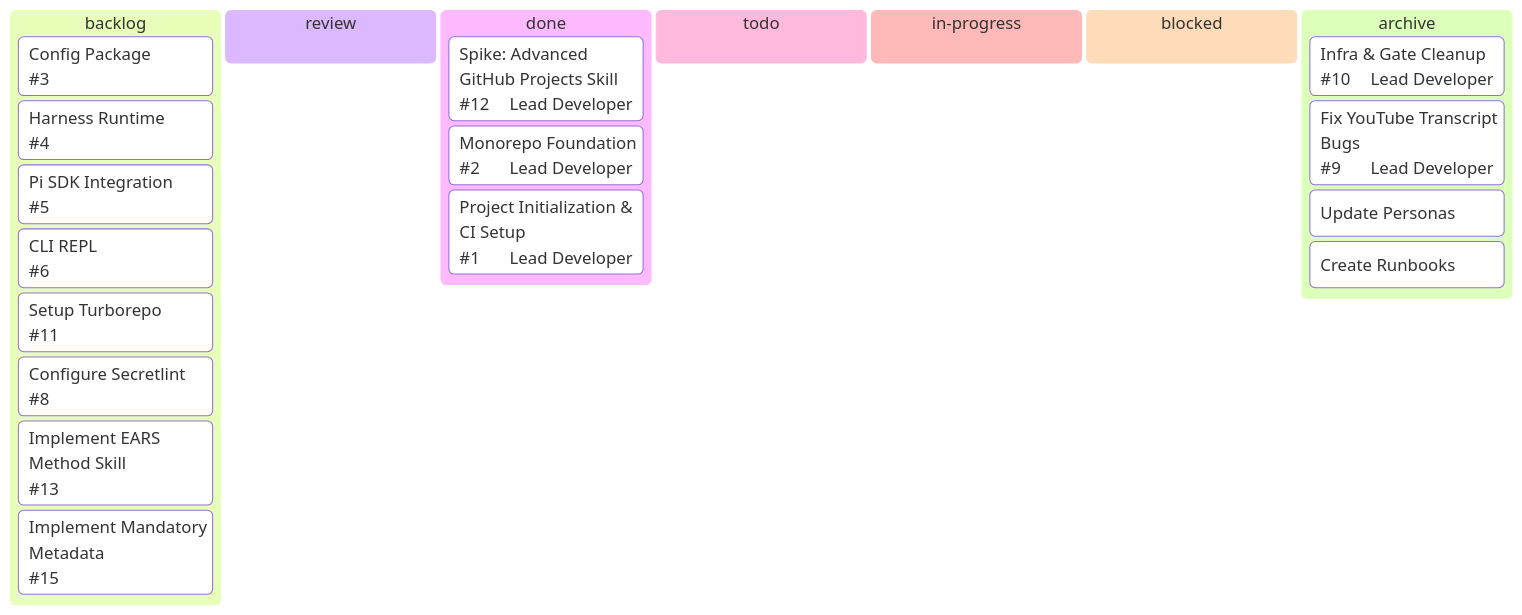
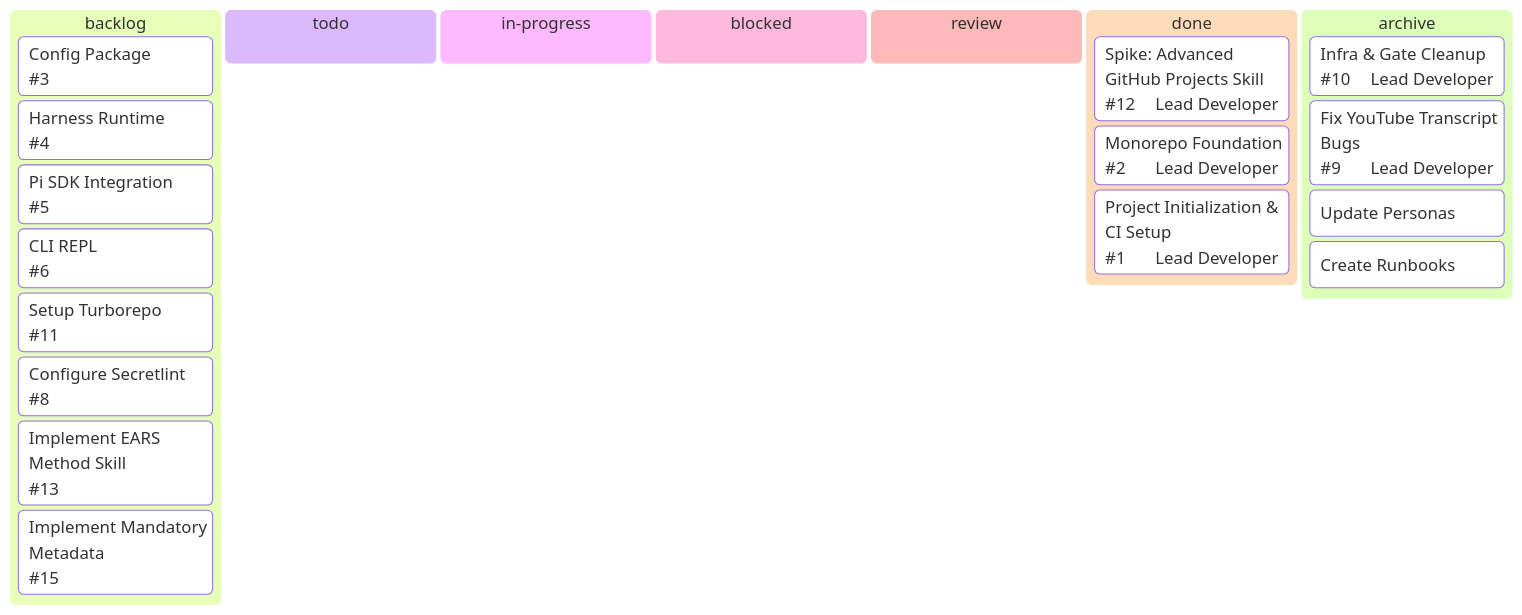
The diagram in .agent/kanban-lofipulse.md (LoFi-Monk/lofipulse), drawn with Mermaid before and after one commit. The commit also changed other lines of this file, not shown here.

````diff
--- a/.agent/kanban-lofipulse.md
+++ b/.agent/kanban-lofipulse.md
@@ -9,25 +9,25 @@
 ```mermaid
 kanban
   backlog
     [Config Package]@{ ticket: '#3', priority: 'P1' }
     [Harness Runtime]@{ ticket: '#4', priority: 'P2' }
     [Pi SDK Integration]@{ ticket: '#5', priority: 'P2' }
     [CLI REPL]@{ ticket: '#6', priority: 'P2' }
     [Setup Turborepo]@{ ticket: '#11', priority: 'P1' }
     [Configure Secretlint]@{ ticket: '#8', priority: 'P2' }
     [Implement EARS Method Skill]@{ ticket: '#13', priority: 'P1' }
     [Implement Mandatory Metadata]@{ ticket: '#15', priority: 'P1' }
+  todo
+  in-progress
+  blocked
   review
   done
     [Spike: Advanced GitHub Projects Skill]@{ ticket: '#12', assigned: 'Lead Developer', priority: 'P1' }
     [Monorepo Foundation]@{ ticket: '#2', assigned: 'Lead Developer', priority: 'P1' }
     [Project Initialization & CI Setup]@{ ticket: '#1', assigned: 'Lead Developer', priority: 'P1' }
-  todo
-  in-progress
-  blocked
   archive
     [Infra & Gate Cleanup]@{ ticket: '#10', assigned: 'Lead Developer', priority: 'P2' }
     [Fix YouTube Transcript Bugs]@{ ticket: '#9', assigned: 'Lead Developer', priority: 'P1' }
     [Update Personas]
     [Create Runbooks]
 ```
````
